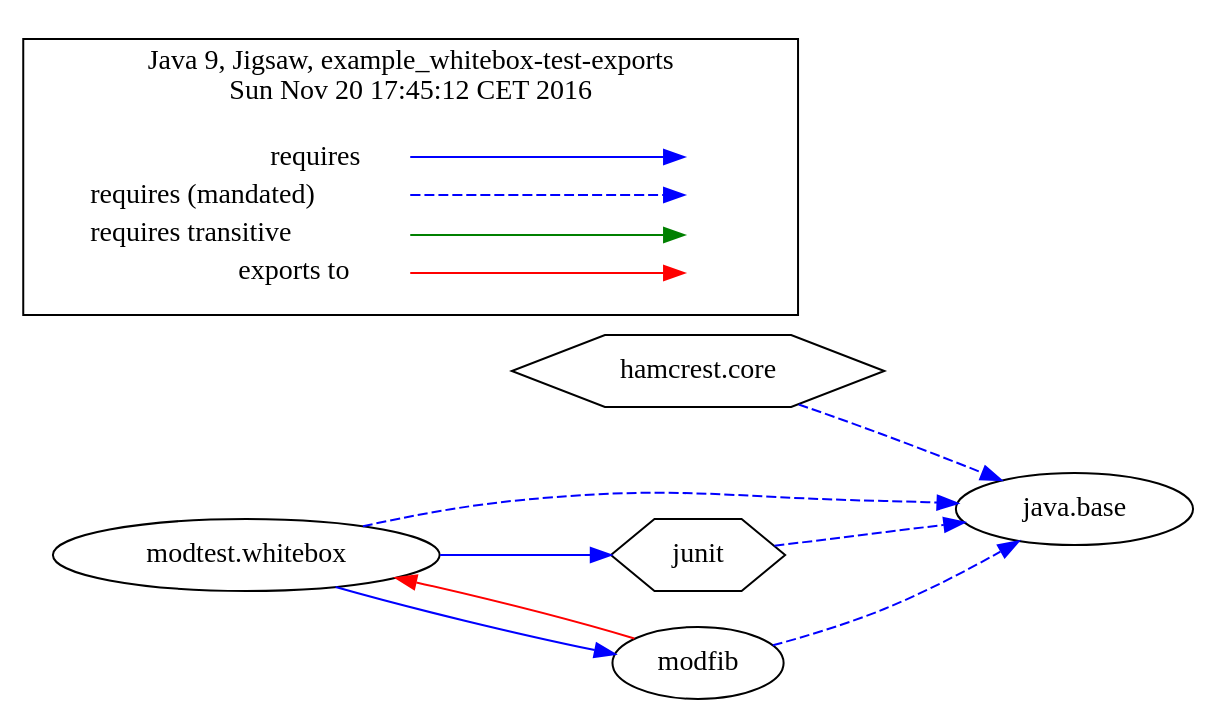
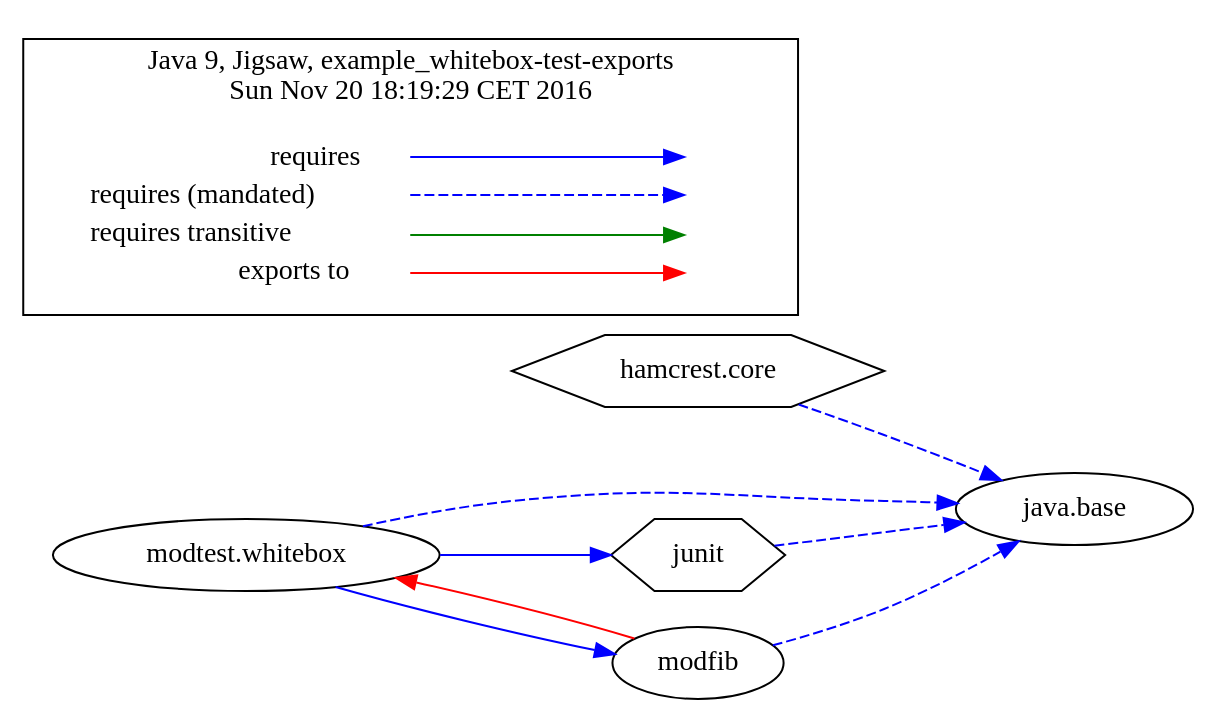
The diagram in jigsaw-examples/example_whitebox-test-exports/moduledependencies-withlegend.dot (accso/java9-jigsaw-examples), drawn with Graphviz before and after one commit. The commit also changed 5 other files, not shown here.

```diff
--- a/jigsaw-examples/example_whitebox-test-exports/moduledependencies-withlegend.dot
+++ b/jigsaw-examples/example_whitebox-test-exports/moduledependencies-withlegend.dot
@@ -1,38 +1,38 @@
-# Created by depvis.JigsawDepVisualizer on Sun Nov 20 17:45:12 CET 2016
+# Created by depvis.JigsawDepVisualizer on Sun Nov 20 18:19:29 CET 2016
 digraph Java9_Dependency_Visualizer {
 hamcrest_core[fontname="Consolas",shape="hexagon",label="hamcrest.core"];
 java_base[fontname="Consolas",shape="ellipse",label="java.base"];
 junit[fontname="Consolas",shape="hexagon",label="junit"];
 modtest_whitebox[fontname="Consolas",shape="ellipse",label="modtest.whitebox"];
 modfib[fontname="Consolas",shape="ellipse",label="modfib"];
 hamcrest_core -> java_base[color="#0000ff",fontname="Consolas",fontcolor="#0000ff",style="dashed",weight="16"]
 junit -> java_base[color="#0000ff",fontname="Consolas",fontcolor="#0000ff",style="dashed",weight="16"]
 modtest_whitebox -> modfib[color="#0000ff",fontname="Consolas",fontcolor="#0000ff",weight="8"]
 modtest_whitebox -> junit[color="#0000ff",fontname="Consolas",fontcolor="#0000ff",weight="8"]
 modtest_whitebox -> java_base[color="#0000ff",fontname="Consolas",fontcolor="#0000ff",style="dashed",weight="16"]
 modfib -> java_base[color="#0000ff",fontname="Consolas",fontcolor="#0000ff",style="dashed",weight="16"]
 modfib -> modtest_whitebox[fontname="Consolas",fontcolor="#ff0000",color="#ff0000",weight="2"]
 rankdir=LR
 node [shape=plaintext]
 subgraph cluster_01 { 
   label = "Java 9, Jigsaw, example_whitebox-test-exports
-Sun Nov 20 17:45:12 CET 2016"
+Sun Nov 20 18:19:29 CET 2016"
   fontname="Consolas"
   key [label=<<table border="0" cellpadding="2" cellspacing="0" cellborder="0">
     <tr><td align="right" port="i1">requires</td></tr>
     <tr><td align="right" port="i2">requires (mandated)</td></tr>
     <tr><td align="right" port="i3">requires transitive</td></tr>
     <tr><td align="right" port="i4">exports to</td></tr>
     </table>>,fontname="Consolas"]
   key2 [label=<<table border="0" cellpadding="2" cellspacing="0" cellborder="0">
     <tr><td port="i1">&nbsp;</td></tr>
     <tr><td port="i2">&nbsp;</td></tr>
     <tr><td port="i3">&nbsp;</td></tr>
     <tr><td port="i4">&nbsp;</td></tr>
     </table>>,fontname="Consolas"]
   key:i1:e -> key2:i1:w [color=BLUE]
   key:i2:e -> key2:i2:w [color=BLUE, style=dashed]
   key:i3:e -> key2:i3:w [color=GREEN]
   key:i4:e -> key2:i4:w [color=RED]
 }
 }
```
